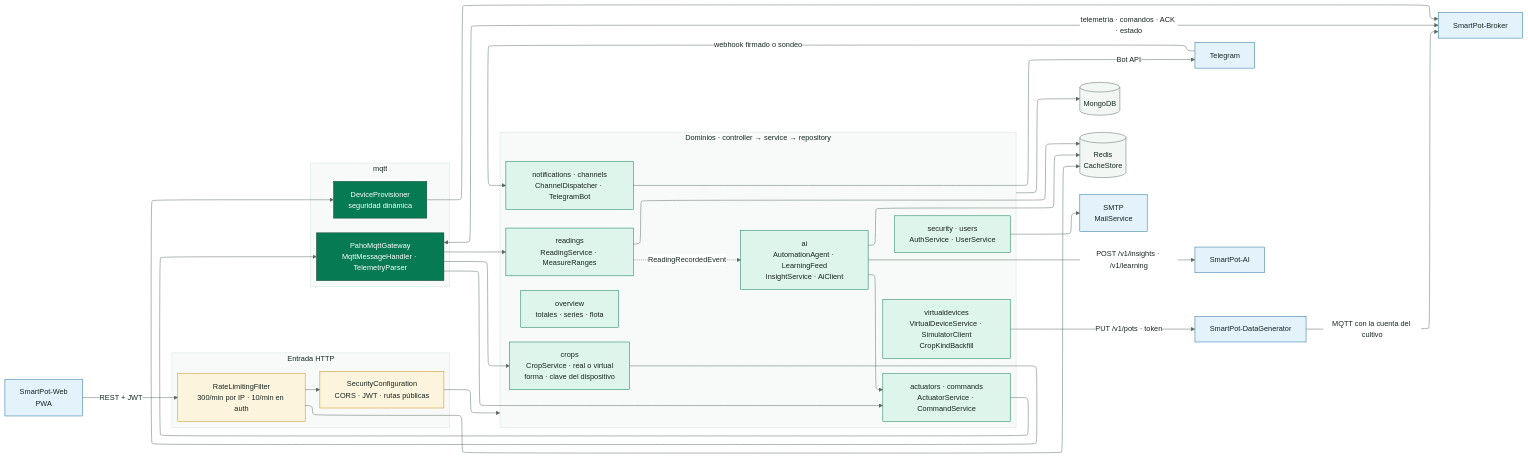
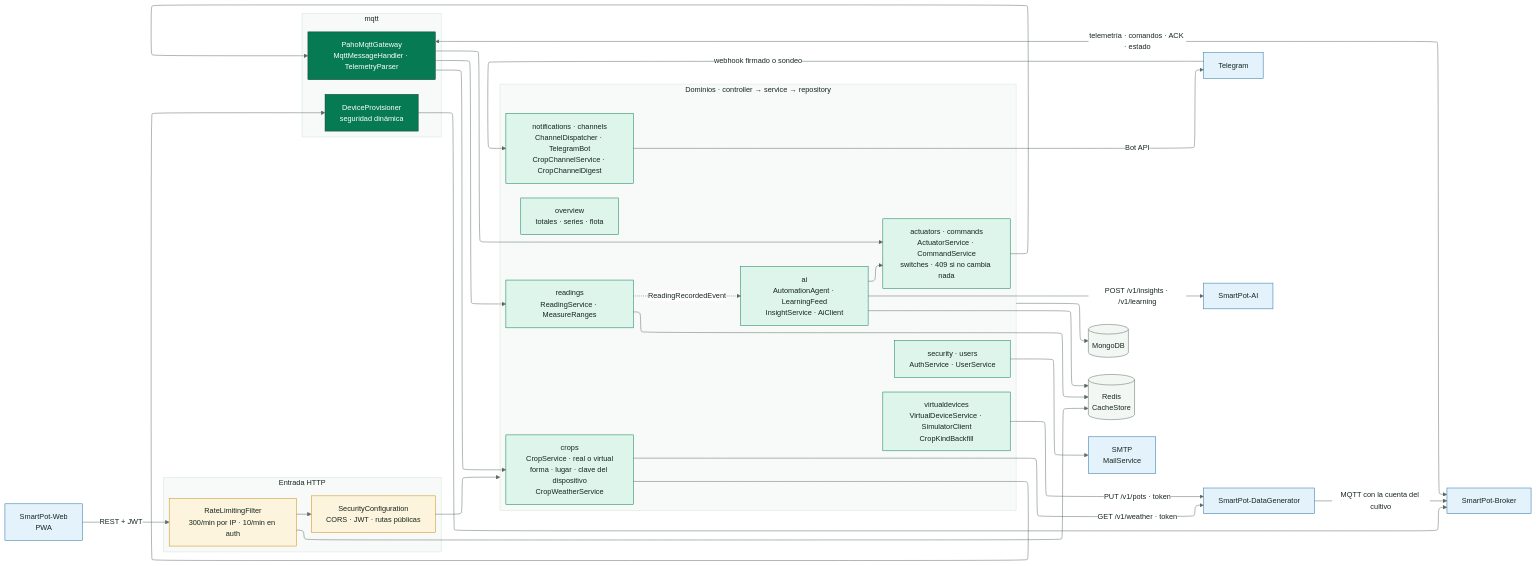
The diagram in docs/diagrams/SmartPot_API_Global_Component.mmd (SmartPotTech/SmartPot-API), drawn with Mermaid before and after one commit.

Commit message:
Show placement, switches and crop alerts in the API component diagram
CropWeatherService, switch answers and the per-crop channel services, with the weather request to the simulator.

```diff
--- a/docs/diagrams/SmartPot_API_Global_Component.mmd
+++ b/docs/diagrams/SmartPot_API_Global_Component.mmd
@@ -1,57 +1,58 @@
 %%{init: {"theme": "base", "fontFamily": "Segoe UI, Arial, sans-serif", "themeVariables": {"fontFamily": "Segoe UI, Arial, sans-serif", "fontSize": "15px", "primaryColor": "#DDF5EA", "primaryTextColor": "#17261F", "primaryBorderColor": "#067A52", "secondaryColor": "#E3F2FB", "secondaryTextColor": "#17261F", "secondaryBorderColor": "#1F6FA0", "tertiaryColor": "#F2F7F4", "tertiaryTextColor": "#17261F", "tertiaryBorderColor": "#D5E3DC", "lineColor": "#5B6B63", "textColor": "#17261F", "mainBkg": "#DDF5EA", "nodeBorder": "#067A52", "clusterBkg": "#F7FAF8", "clusterBorder": "#D5E3DC", "edgeLabelBackground": "#FFFFFF", "actorBkg": "#067A52", "actorBorder": "#0B3D2B", "actorTextColor": "#FFFFFF", "actorLineColor": "#5B6B63", "signalColor": "#17261F", "signalTextColor": "#17261F", "labelBoxBkgColor": "#0B3D2B", "labelBoxBorderColor": "#0B3D2B", "labelTextColor": "#FFFFFF", "loopTextColor": "#0B3D2B", "noteBkgColor": "#FDF4DD", "noteBorderColor": "#C98D12", "noteTextColor": "#17261F", "activationBkgColor": "#DDF5EA", "activationBorderColor": "#067A52", "attributeBackgroundColorOdd": "#FFFFFF", "attributeBackgroundColorEven": "#F2F7F4"}, "layout": "elk", "elk": {"nodePlacementStrategy": "BRANDES_KOEPF", "mergeEdges": false, "cycleBreakingStrategy": "GREEDY"}}}%%
 flowchart LR
   pwa["SmartPot-Web<br/>PWA"]
   tg["Telegram"]
   subgraph borde["Entrada HTTP"]
     direction TB
     sec["SecurityConfiguration<br/>CORS · JWT · rutas públicas"]
     rate["RateLimitingFilter<br/>300/min por IP · 10/min en auth"]
   end
   subgraph dominio["Dominios · controller → service → repository"]
     direction TB
     auth["security · users<br/>AuthService · UserService"]
-    crops["crops<br/>CropService · real o virtual<br/>forma · clave del dispositivo"]
+    crops["crops<br/>CropService · real o virtual<br/>forma · lugar · clave del dispositivo<br/>CropWeatherService"]
     readings["readings<br/>ReadingService · MeasureRanges"]
-    actuators["actuators · commands<br/>ActuatorService · CommandService"]
+    actuators["actuators · commands<br/>ActuatorService · CommandService<br/>switches · 409 si no cambia nada"]
     overview["overview<br/>totales · series · flota"]
-    notif["notifications · channels<br/>ChannelDispatcher · TelegramBot"]
+    notif["notifications · channels<br/>ChannelDispatcher · TelegramBot<br/>CropChannelService · CropChannelDigest"]
     virtual["virtualdevices<br/>VirtualDeviceService · SimulatorClient<br/>CropKindBackfill"]
     ai["ai<br/>AutomationAgent · LearningFeed<br/>InsightService · AiClient"]
   end
   subgraph mqtt["mqtt"]
     direction TB
     gateway["PahoMqttGateway<br/>MqttMessageHandler · TelemetryParser"]
     prov["DeviceProvisioner<br/>seguridad dinámica"]
   end
   mongo[("MongoDB")]
   redis[("Redis<br/>CacheStore")]
   broker["SmartPot-Broker"]
   aisvc["SmartPot-AI"]
   sim["SmartPot-DataGenerator"]
   smtp["SMTP<br/>MailService"]
   pwa -->|"REST + JWT"| rate --> sec --> dominio
   tg -->|"webhook firmado o sondeo"| notif
   notif -->|"Bot API"| tg
   dominio --> mongo
   rate & readings & ai --> redis
   auth --> smtp
   crops --> prov --> broker
   gateway <-->|"telemetría · comandos · ACK · estado"| broker
   gateway --> readings & actuators & crops
   readings -.->|"ReadingRecordedEvent"| ai
   ai -->|"POST /v1/insights · /v1/learning"| aisvc
   ai --> actuators --> gateway
   virtual -->|"PUT /v1/pots · token"| sim
+  crops -->|"GET /v1/weather · token"| sim
   sim -->|"MQTT con la cuenta del cultivo"| broker
   classDef leaf fill:#DDF5EA,stroke:#067A52,color:#17261F
   classDef water fill:#E3F2FB,stroke:#1F6FA0,color:#17261F
   classDef sun fill:#FDF4DD,stroke:#C98D12,color:#17261F
   classDef clay fill:#FBE9E1,stroke:#B85A38,color:#17261F
   classDef core fill:#067A52,stroke:#0B3D2B,color:#FFFFFF
   classDef deep fill:#0B3D2B,stroke:#06281C,color:#FFFFFF
   classDef muted fill:#F2F7F4,stroke:#5B6B63,color:#17261F
   class pwa,tg,broker,aisvc,sim,smtp water
   class sec,rate sun
   class auth,crops,readings,actuators,overview,notif,virtual,ai leaf
   class gateway,prov core
   class mongo,redis muted
```
